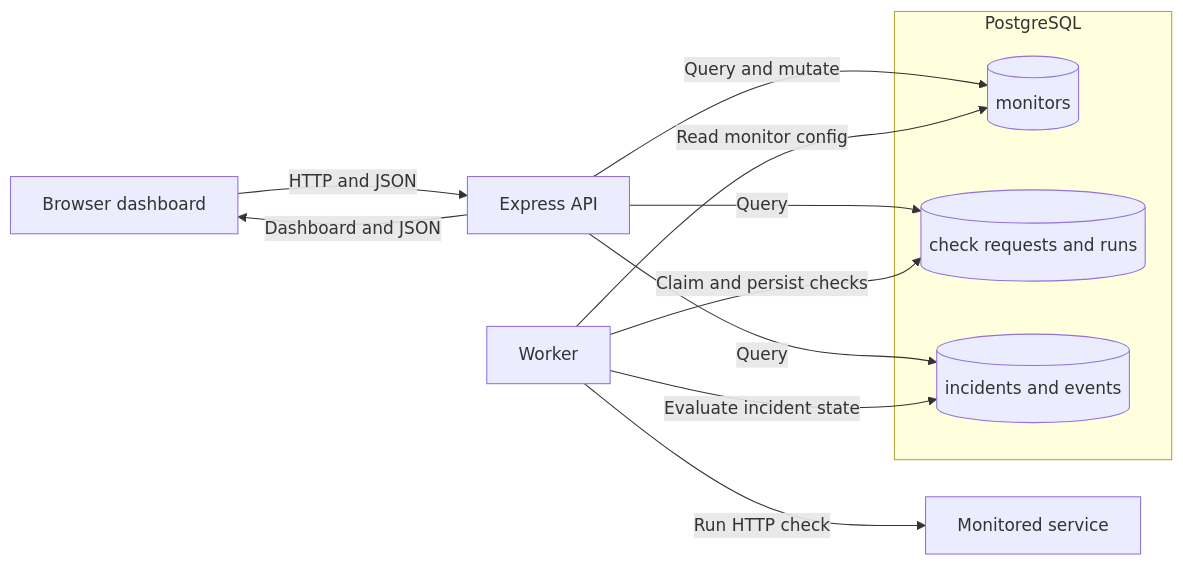
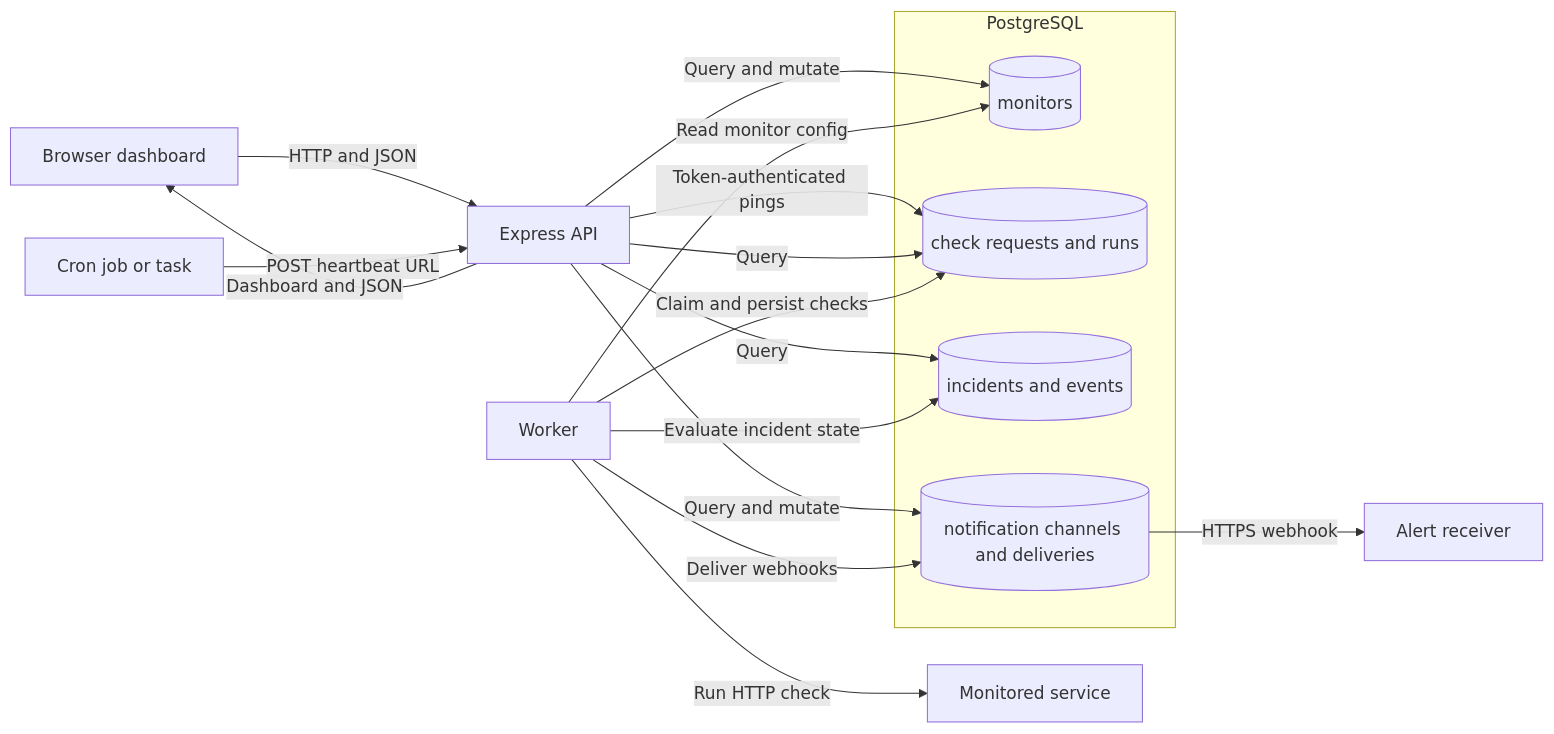
One commit to ekta-chaudhry/opspulse changed the diagram in README.md. Above: the diagram before and after it, drawn with Mermaid. The commit also changed other lines of this file and 5 other files, not shown here.

````diff
--- a/README.md
+++ b/README.md
@@ -17,19 +19,25 @@
 ```mermaid
 flowchart LR
     B[Browser dashboard] -->|HTTP and JSON| A[Express API]
     A -->|Dashboard and JSON| B
 
     subgraph P[PostgreSQL]
         M[(monitors)]
         C[(check requests and runs)]
         I[(incidents and events)]
+        N[(notification channels and deliveries)]
     end
 
     A -->|Query and mutate| M
+    A -->|Query and mutate| N
+    A -->|Token-authenticated pings| C
     A -->|Query| C
     A -->|Query| I
     W[Worker] -->|Read monitor config| M
     W -->|Claim and persist checks| C
     W -->|Evaluate incident state| I
+    W -->|Deliver webhooks| N
     W -->|Run HTTP check| T[Monitored service]
+    J[Cron job or task] -->|POST heartbeat URL| A
+    N -->|HTTPS webhook| R[Alert receiver]
 ```
````
